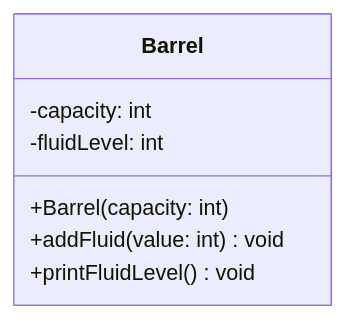
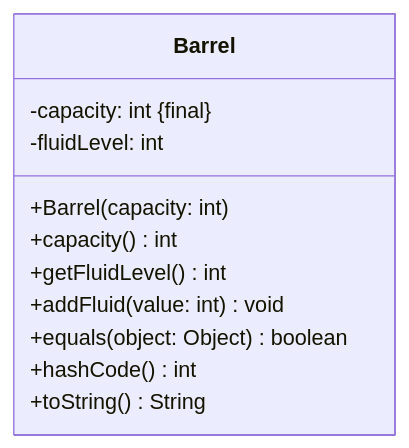
Before and after one commit to jappuccini/java-docs: the diagram in docs/exercises/exceptions/exceptions02.mdx, drawn with Mermaid. The commit also changed other lines of this file and 39 other files, not shown here.

````diff
--- a/docs/exercises/exceptions/exceptions02.mdx
+++ b/docs/exercises/exceptions/exceptions02.mdx
@@ -15,11 +15,15 @@
 ```mermaid
 classDiagram
 
     class Barrel {
-        -capacity: int
+        -capacity: int &#123final&#125
         -fluidLevel: int
         +Barrel(capacity: int)
+        +capacity() int
+        +getFluidLevel() int
         +addFluid(value: int) void
-        +printFluidLevel() void
+        +equals(object: Object) boolean
+        +hashCode() int
+        +toString() String
     }
 ```
````
